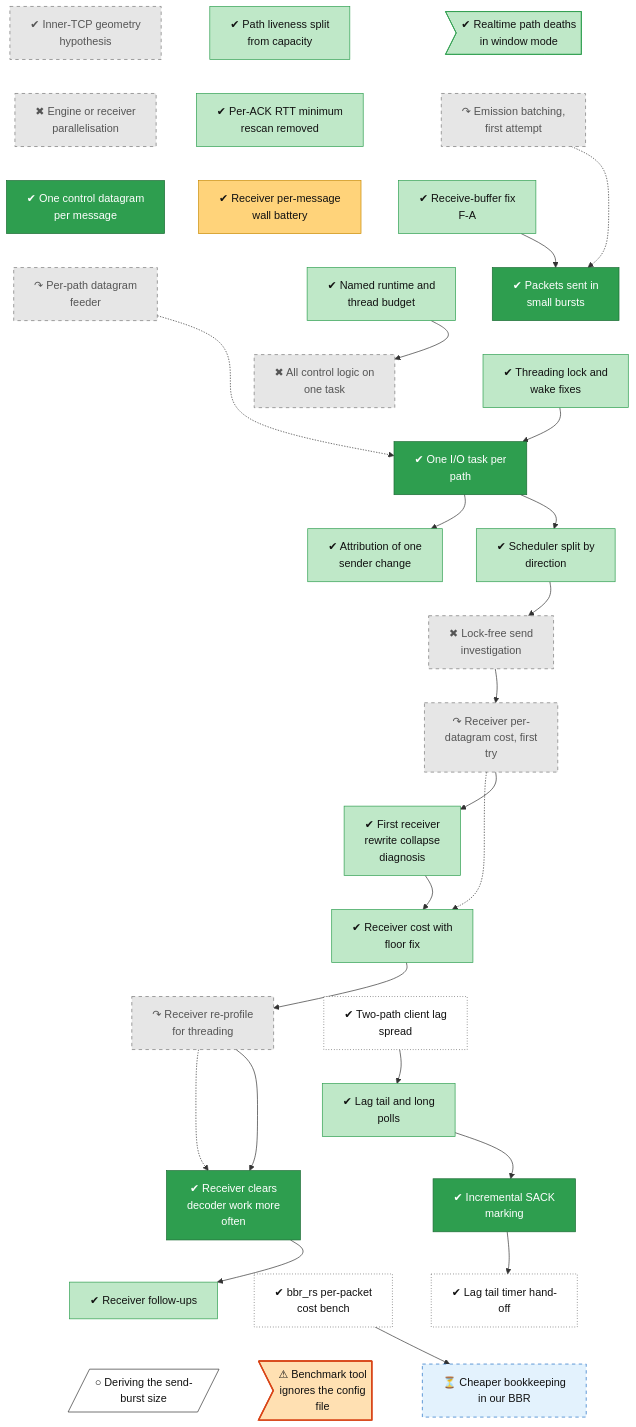
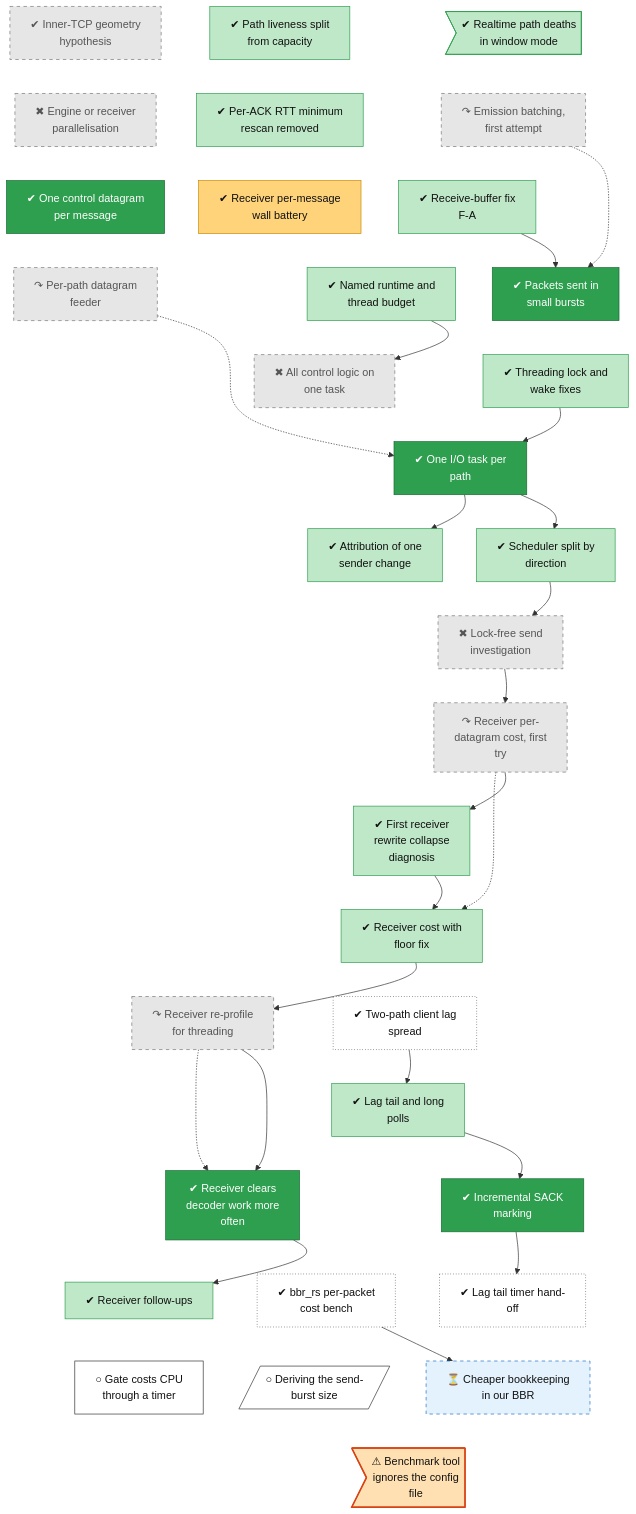
The diagram in docs/roadmap/tracks/perf.md (lhns/raptorpath), drawn with Mermaid before and after one commit. The commit also changed other lines of this file and 4 other files, not shown here.

Commit message:
roadmap: bbr_rs app-limited defect; gate CPU priced (timer and view reads)

````diff
--- a/docs/roadmap/tracks/perf.md
+++ b/docs/roadmap/tracks/perf.md
@@ -39,6 +39,7 @@
     perf_receiver_followups["✔ Receiver follow-ups"]
     perf_bbrrs_ns_cost["✔ bbr_rs per-packet<br/>cost bench"]
     perf_bbrrs_ring_fix["⏳ Cheaper bookkeeping<br/>in our BBR"]
+    perf_handoff_gate_cpu["○ Gate costs CPU<br/>through a timer"]
     perf_fix_burst_bound[/"○ Deriving the send-<br/>burst size"/]
     perf_config_dropped>"⚠ Benchmark tool<br/>ignores the config<br/>file"]
     perf_liveness_split ~~~ perf_rtt_rescan
@@ -72,8 +73,11 @@
     perf_decoder_prune ~~~ perf_receiver_followups
     perf_decoder_prune ~~~ perf_bbrrs_ns_cost
     perf_s33_timer ~~~ perf_bbrrs_ring_fix
-    perf_receiver_followups ~~~ perf_fix_burst_bound
-    perf_bbrrs_ns_cost ~~~ perf_config_dropped
+    perf_receiver_followups ~~~ perf_handoff_gate_cpu
+    perf_bbrrs_ns_cost ~~~ perf_fix_burst_bound
+    perf_bbrrs_ring_fix ~~~ perf_config_dropped
+    perf_handoff_gate_cpu ~~~ perf_config_dropped
+    perf_fix_burst_bound ~~~ perf_config_dropped
     perf_emit_batch_v1 -.-> perf_emit_batch_law0
     perf_rcvbuf --> perf_emit_batch_law0
     perf_quic_feeder -.-> perf_io_owner
@@ -114,6 +118,6 @@
     class perf_ack_merge,perf_emit_batch_law0,perf_io_owner,perf_incremental_sack,perf_decoder_prune vsucc
     class perf_c8_lag,perf_s33_timer,perf_bbrrs_ns_cost unrated
     class perf_bbrrs_ring_fix waiting
-    class perf_fix_burst_bound next
+    class perf_handoff_gate_cpu,perf_fix_burst_bound next
     class perf_config_dropped finding
 ```
````
